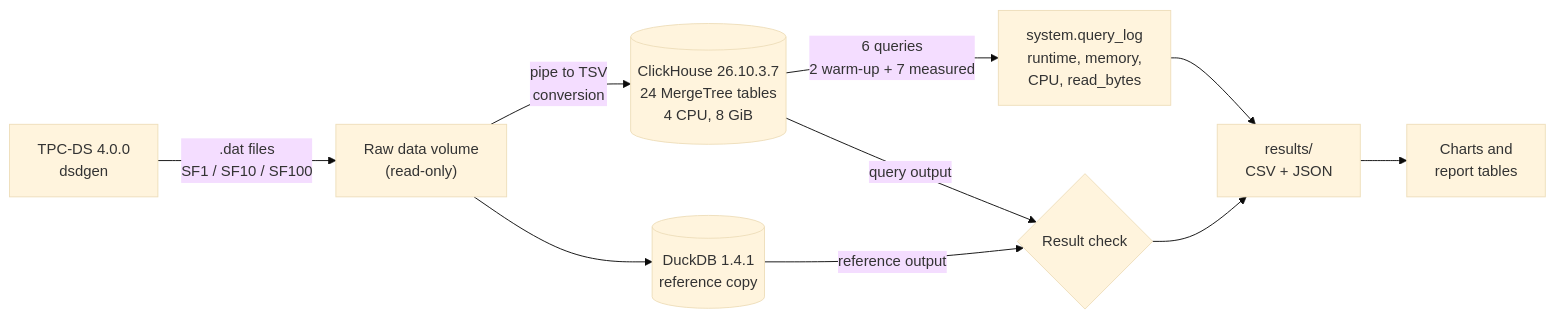
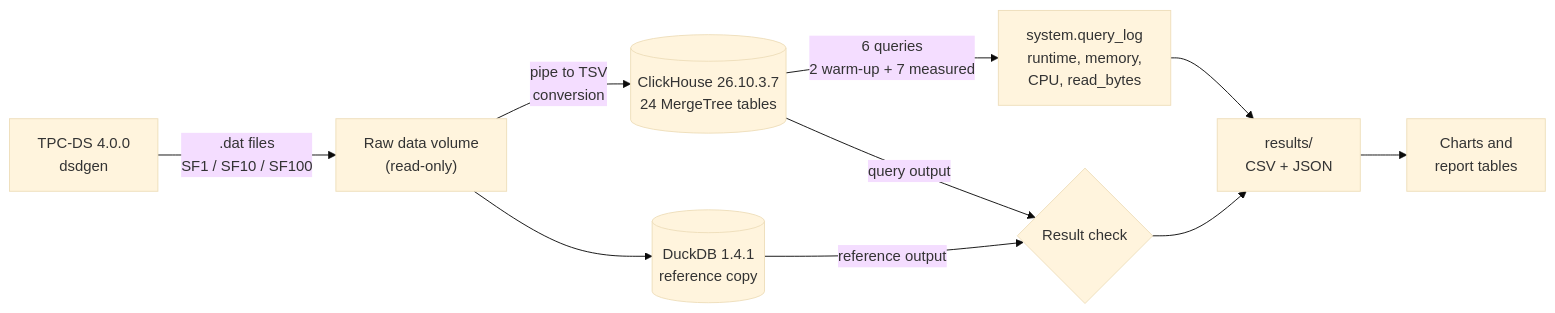
Before and after one commit to nurfrhusna/tpcds-project: the diagram in README.md, drawn with Mermaid (base theme). The commit also changed other lines of this file and 1 other file, not shown here.

````diff
--- a/README.md
+++ b/README.md
@@ -14,12 +15,12 @@
 ```mermaid
 flowchart LR
     A["TPC-DS 4.0.0<br/>dsdgen"] -->|".dat files<br/>SF1 / SF10 / SF100"| B["Raw data volume<br/>(read-only)"]
-    B -->|"pipe to TSV<br/>conversion"| C[("ClickHouse 26.10.3.7<br/>24 MergeTree tables<br/>4 CPU, 8 GiB")]
+    B -->|"pipe to TSV<br/>conversion"| C[("ClickHouse 26.10.3.7<br/>24 MergeTree tables")]
     B --> D[("DuckDB 1.4.1<br/>reference copy")]
     C -->|"6 queries<br/>2 warm-up + 7 measured"| E["system.query_log<br/>runtime, memory,<br/>CPU, read_bytes"]
     C -->|query output| F{"Result check"}
     D -->|reference output| F
     E --> G["results/<br/>CSV + JSON"]
     F --> G
     G --> H["Charts and<br/>report tables"]
 ```
````
